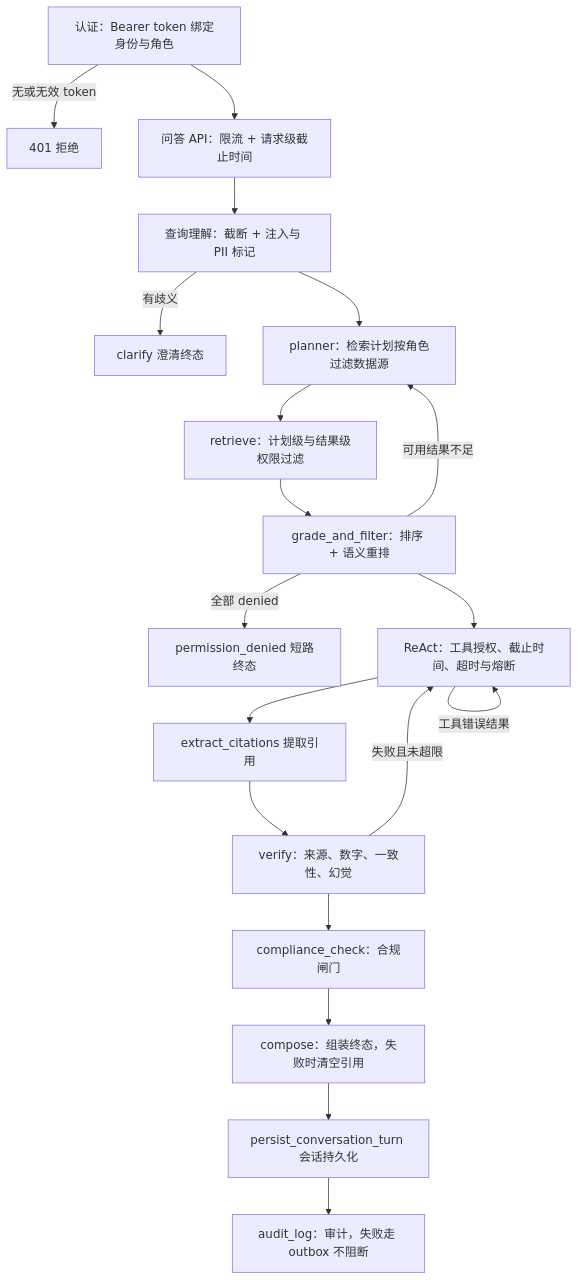
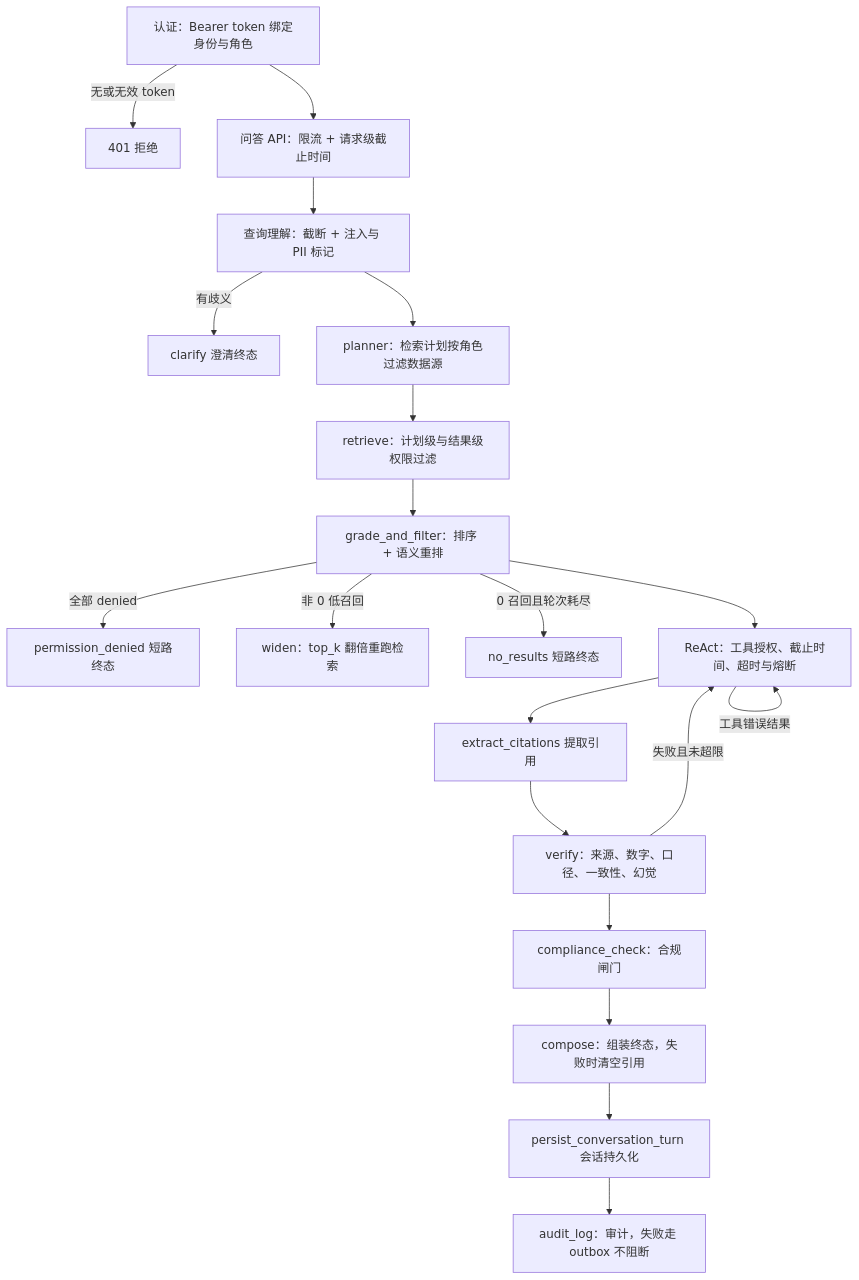
The diagram in openwiki/architecture/state-and-safety.md (jaronlu/SecRAG), drawn with Mermaid before and after one commit. The commit also changed other lines of this file and 25 other files, not shown here.

````diff
--- a/openwiki/architecture/state-and-safety.md
+++ b/openwiki/architecture/state-and-safety.md
@@ -68,22 +68,23 @@
 ```mermaid
 flowchart TD
     Auth["认证：Bearer token 绑定身份与角色"]
     Auth -->|无或无效 token| Err401["401 拒绝"]
     Auth --> QA["问答 API：限流 + 请求级截止时间"]
     QA --> QC["查询理解：截断 + 注入与 PII 标记"]
     QC -->|有歧义| Clarify["clarify 澄清终态"]
     QC --> Plan["planner：检索计划按角色过滤数据源"]
     Plan --> Ret["retrieve：计划级与结果级权限过滤"]
     Ret --> Grade["grade_and_filter：排序 + 语义重排"]
     Grade -->|全部 denied| PD["permission_denied 短路终态"]
-    Grade -->|可用结果不足| Plan
+    Grade -->|非 0 低召回| Widen["widen：top_k 翻倍重跑检索"]
+    Grade -->|0 召回且轮次耗尽| NR["no_results 短路终态"]
     Grade --> Reason["ReAct：工具授权、截止时间、超时与熔断"]
     Reason -->|工具错误结果| Reason
     Reason --> Cite["extract_citations 提取引用"]
-    Cite --> Verify["verify：来源、数字、一致性、幻觉"]
+    Cite --> Verify["verify：来源、数字、口径、一致性、幻觉"]
     Verify -->|失败且未超限| Reason
     Verify --> Comp["compliance_check：合规闸门"]
     Comp --> Compose["compose：组装终态，失败时清空引用"]
     Compose --> Persist["persist_conversation_turn 会话持久化"]
     Persist --> Audit["audit_log：审计，失败走 outbox 不阻断"]
 ```
````
